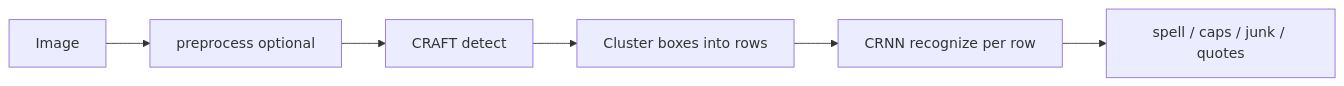
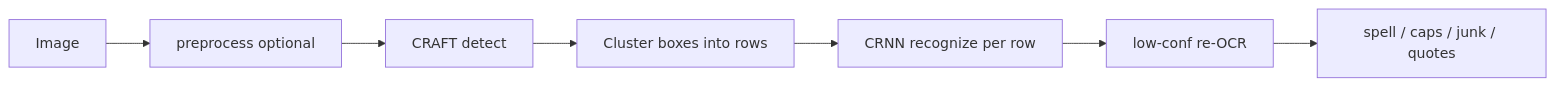
One commit to ursusandwolf/doc-photo-ocr changed the first of 2 diagrams in README.md. Above: the diagram before and after it, drawn with Mermaid. The commit also changed other lines of this file and 10 other files, not shown here.

First line of the commit message:
Improve EasyOCR with light prep, re-OCR, and spoiler polish toggles.

````diff
--- a/README.md
+++ b/README.md
@@ -73,8 +73,9 @@
 ```mermaid
 flowchart LR
   img[Image] --> prep[preprocess optional]
   prep --> detect[CRAFT detect]
   detect --> rows[Cluster boxes into rows]
   rows --> recog[CRNN recognize per row]
-  recog --> polish[spell / caps / junk / quotes]
+  recog --> reocr[low-conf re-OCR]
+  reocr --> polish[spell / caps / junk / quotes]
 ```
````
